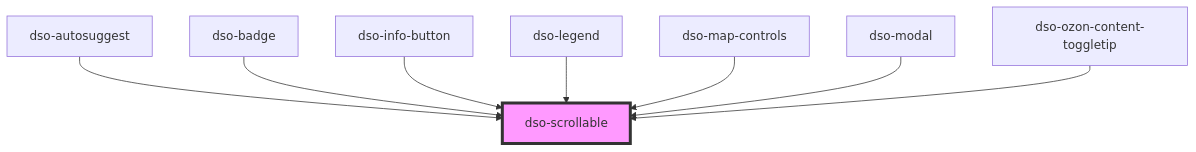
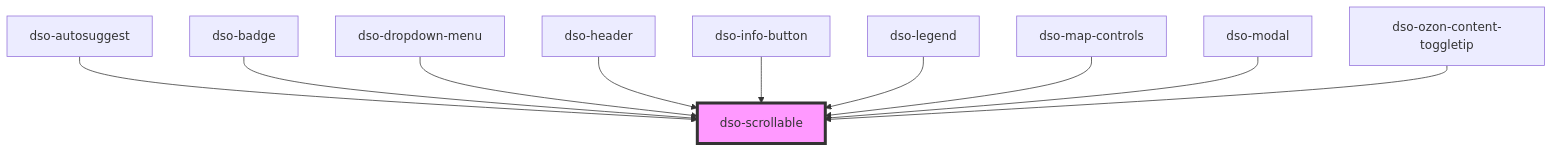
One commit to dso-toolkit/dso-toolkit changed the diagram in packages/core/src/components/scrollable/readme.md. Above: the diagram before and after it, drawn with Mermaid. The commit also changed other lines of this file and 9 other files, not shown here.

Commit message:
#3844 [Changed] Header: WCAG bevinding Op 400% Zoom tab focus verdwijnt uit beeld in het dropdown menu

````diff
--- a/packages/core/src/components/scrollable/readme.md
+++ b/packages/core/src/components/scrollable/readme.md
@@ -26,11 +28,13 @@
 ```mermaid
 graph TD;
   dso-autosuggest --> dso-scrollable
   dso-badge --> dso-scrollable
+  dso-dropdown-menu --> dso-scrollable
+  dso-header --> dso-scrollable
   dso-info-button --> dso-scrollable
   dso-legend --> dso-scrollable
   dso-map-controls --> dso-scrollable
   dso-modal --> dso-scrollable
   dso-ozon-content-toggletip --> dso-scrollable
   style dso-scrollable fill:#f9f,stroke:#333,stroke-width:4px
 ```
````
